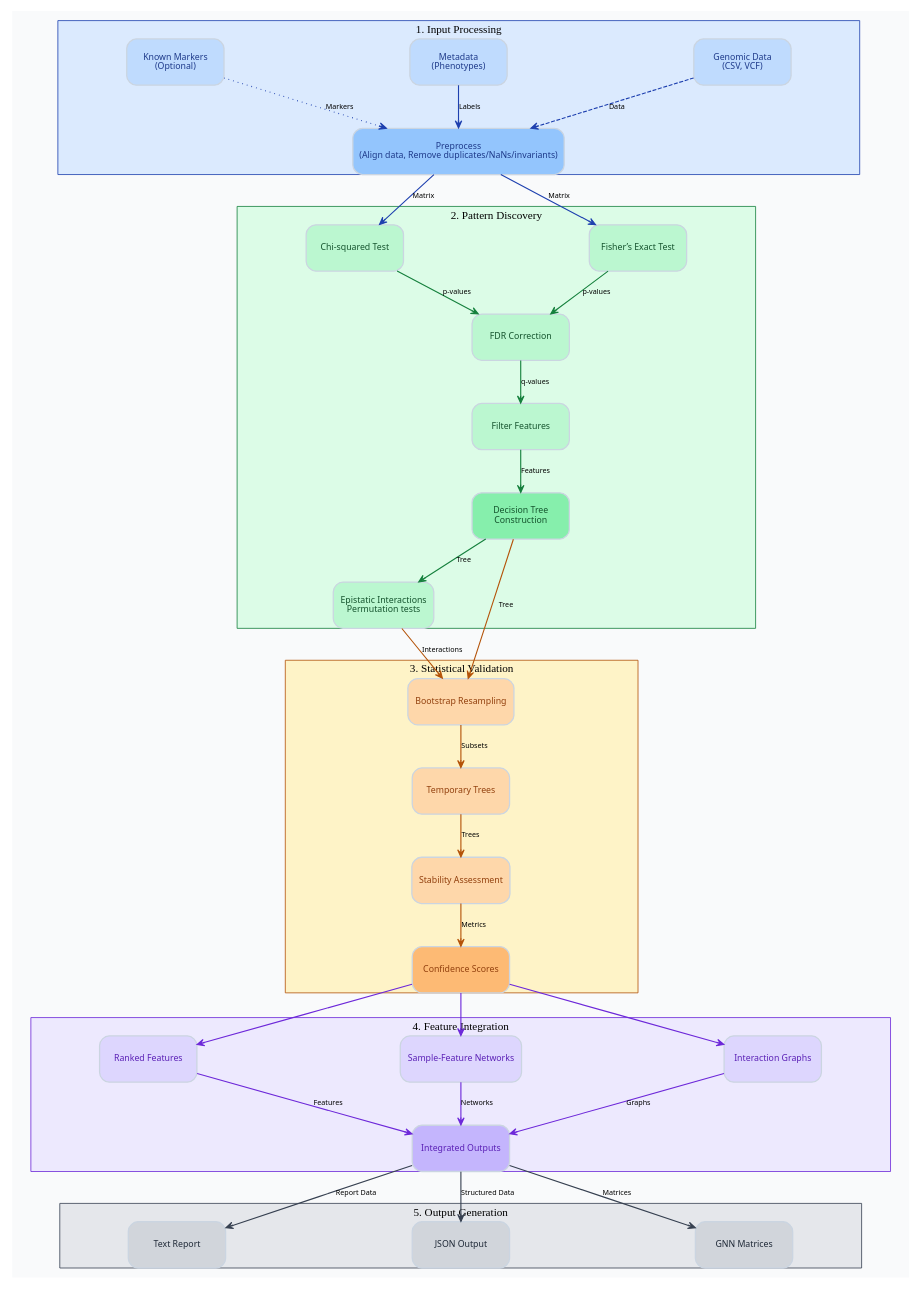
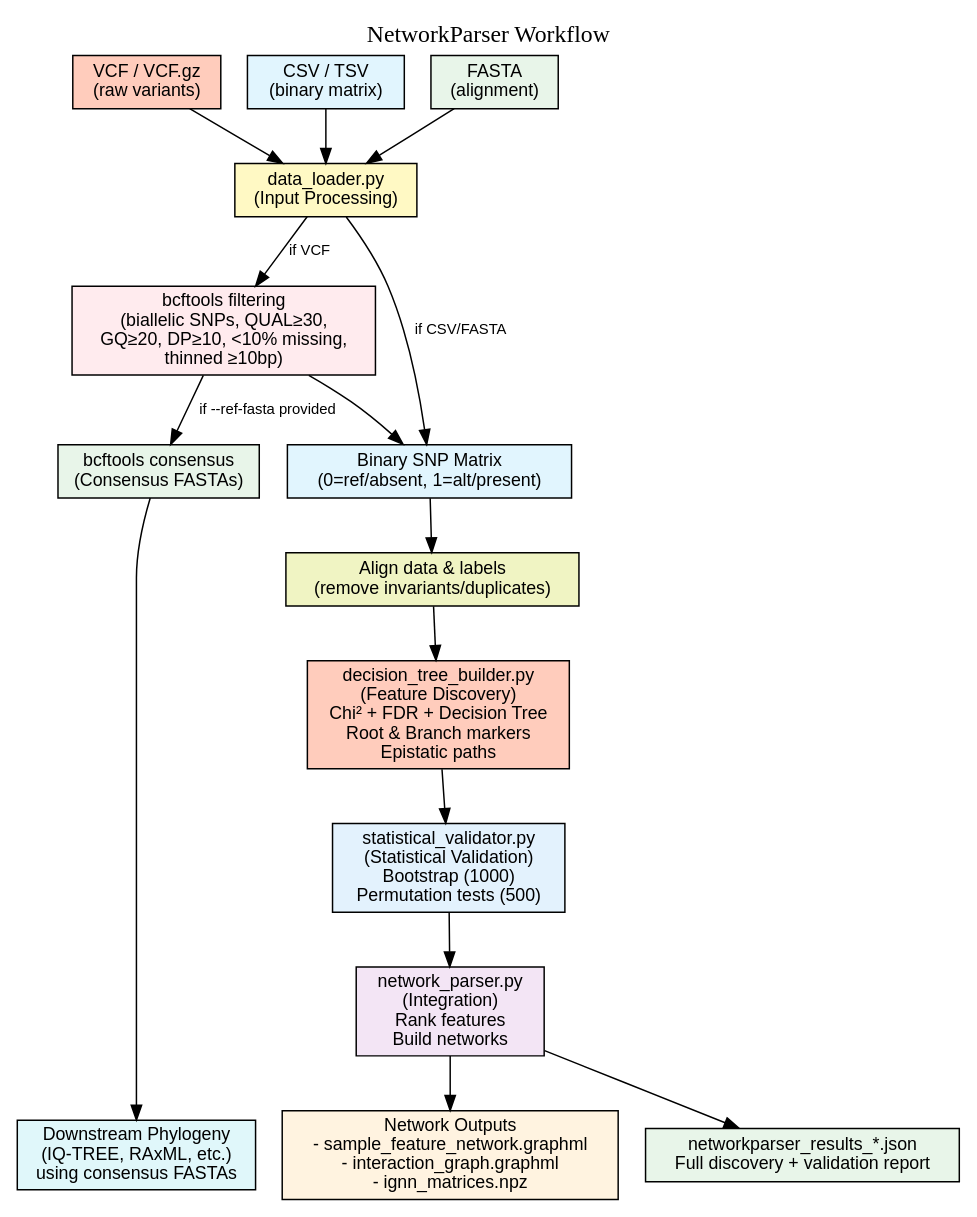
Before and after one commit to Nomlie/network_parser: the diagram in workflow/networkparser_workflow.dot, drawn with Graphviz. The commit also changed 34 other files, not shown here.

Commit message:
added VCF to data loader, bcftools, snpsites, --refgenome, updated README

```diff
--- a/workflow/networkparser_workflow.dot
+++ b/workflow/networkparser_workflow.dot
@@ -1,143 +1,67 @@
-digraph NetworkParser {
-    // A4 portrait layout
-    size="8.27,11.69";
-    ratio="fill";
-    margin=0.2;
-    nodesep=0.35;
-    ranksep=0.6;
+digraph NetworkParserWorkflow {
     rankdir=TB;
-    bgcolor="#F9FAFB"; // Softer neutral background
+    node [shape=box, style=filled, fontname="Helvetica", fontsize=12];
+    edge [fontname="Helvetica", fontsize=10];
 
-    // Global node style
-    node [
-        shape=rect,
-        style="rounded,filled",
-        fillcolor="#FFFFFF",
-        fontname="Noto Sans",
-        fontsize=11,
-        width=1.7,
-        height=0.8,
-        penwidth=1.6,
-        color="#CBD5E1",
-        margin=0.12
-    ];
+    // Nodes
+    subgraph cluster_input {
+        label="Input Options";
+        color=lightgrey;
+        style=rounded;
 
-    // Global edge style
-    edge [
-        color="#6B7280",
-        penwidth=1.4,
-        fontname="Noto Sans",
-        fontsize=9,
-        arrowsize=0.9,
-        arrowhead="vee",
-        style="solid"
-    ];
-
-    // ===== 1. Input Processing =====
-    subgraph cluster_input {
-        label="1. Input Processing";
-        color="#1E40AF";
-        style=filled;
-        fillcolor="#DBEAFE";
-        labelfontname="Noto Sans Bold";
-        labelfontsize=18;
-        labelfontcolor="#1E40AF";
-
-        n1 [label="Genomic Data\n(CSV, VCF)", fillcolor="#BFDBFE", fontcolor="#1E3A8A"];
-        n2 [label="Metadata\n(Phenotypes)", fillcolor="#BFDBFE", fontcolor="#1E3A8A"];
-        n3 [label="Known Markers\n(Optional)", fillcolor="#BFDBFE", fontcolor="#1E3A8A"];
-        n4 [label="Preprocess\n(Align data, Remove duplicates/NaNs/invariants)", fillcolor="#93C5FD", fontcolor="#1E3A8A"];
+        VCF [label="VCF / VCF.gz\n(raw variants)", fillcolor="#FFCCBC"];
+        CSV [label="CSV / TSV\n(binary matrix)", fillcolor="#E1F5FE"];
+        FASTA [label="FASTA\n(alignment)", fillcolor="#E8F5E9"];
     }
 
-    // ===== 2. Pattern Discovery =====
-    subgraph cluster_pattern {
-        label="2. Pattern Discovery";
-        color="#15803D";
-        style=filled;
-        fillcolor="#DCFCE7";
-        labelfontname="Noto Sans Bold";
-        labelfontsize=18;
-        labelfontcolor="#15803D";
+    DataLoader [label="data_loader.py\n(Input Processing)", fillcolor="#FFF9C4"];
 
-        n5 [label="Chi-squared Test", fillcolor="#BBF7D0", fontcolor="#14532D"];
-        n6 [label="Fisher’s Exact Test", fillcolor="#BBF7D0", fontcolor="#14532D"];
-        n7 [label="FDR Correction", fillcolor="#BBF7D0", fontcolor="#14532D"];
-        n8 [label="Filter Features", fillcolor="#BBF7D0", fontcolor="#14532D"];
-        n9 [label="Decision Tree\nConstruction", fillcolor="#86EFAC", fontcolor="#14532D"];
-        n10 [label="Epistatic Interactions\nPermutation tests", fillcolor="#BBF7D0", fontcolor="#14532D"];
-    }
+    FilterVCF [label="bcftools filtering\n(biallelic SNPs, QUAL≥30,\nGQ≥20, DP≥10, <10% missing,\nthinned ≥10bp)", fillcolor="#FFEBEE"];
+    Consensus [label="bcftools consensus\n(Consensus FASTAs)", fillcolor="#E8F5E9"];
+    Matrix [label="Binary SNP Matrix\n(0=ref/absent, 1=alt/present)", fillcolor="#E1F5FE"];
 
-    // ===== 3. Statistical Validation =====
-    subgraph cluster_validation {
-        label="3. Statistical Validation";
-        color="#B45309";
-        style=filled;
-        fillcolor="#FEF3C7";
-        labelfontname="Noto Sans Bold";
-        labelfontsize=18;
-        labelfontcolor="#B45309";
+    Align [label="Align data & labels\n(remove invariants/duplicates)", fillcolor="#F0F4C3"];
 
-        n11 [label="Bootstrap Resampling", fillcolor="#FED7AA", fontcolor="#92400E"];
-        n12 [label="Temporary Trees", fillcolor="#FED7AA", fontcolor="#92400E"];
-        n13 [label="Stability Assessment", fillcolor="#FED7AA", fontcolor="#92400E"];
-        n14 [label="Confidence Scores", fillcolor="#FDBA74", fontcolor="#92400E"];
-    }
+    Discovery [label="decision_tree_builder.py\n(Feature Discovery)\nChi² + FDR + Decision Tree\nRoot & Branch markers\nEpistatic paths", fillcolor="#FFCCBC"];
 
-    // ===== 4. Feature Integration =====
-    subgraph cluster_integration {
-        label="4. Feature Integration";
-        color="#6D28D9";
-        style=filled;
-        fillcolor="#EDE9FE";
-        labelfontname="Noto Sans Bold";
-        labelfontsize=18;
-        labelfontcolor="#6D28D9";
+    Validation [label="statistical_validator.py\n(Statistical Validation)\nBootstrap (1000)\nPermutation tests (500)", fillcolor="#E3F2FD"];
 
-        n15 [label="Ranked Features", fillcolor="#DDD6FE", fontcolor="#5B21B6"];
-        n16 [label="Sample-Feature Networks", fillcolor="#DDD6FE", fontcolor="#5B21B6"];
-        n17 [label="Interaction Graphs", fillcolor="#DDD6FE", fontcolor="#5B21B6"];
-        n21 [label="Integrated Outputs", fillcolor="#C4B5FD", fontcolor="#5B21B6"];
-    }
+    Integration [label="network_parser.py\n(Integration)\nRank features\nBuild networks", fillcolor="#F3E5F5"];
 
-    // ===== 5. Output Generation =====
-    subgraph cluster_output {
-        label="5. Output Generation";
-        color="#374151";
-        style=filled;
-        fillcolor="#E5E7EB";
-        labelfontname="Noto Sans Bold";
-        labelfontsize=18;
-        labelfontcolor="#374151";
+    Networks [label="Network Outputs\n- sample_feature_network.graphml\n- interaction_graph.graphml\n- ignn_matrices.npz", fillcolor="#FFF3E0"];
 
-        n18 [label="Text Report", fillcolor="#D1D5DB", fontcolor="#1F2937"];
-        n19 [label="JSON Output", fillcolor="#D1D5DB", fontcolor="#1F2937"];
-        n20 [label="GNN Matrices", fillcolor="#D1D5DB", fontcolor="#1F2937"];
-    }
+    FinalReport [label="networkparser_results_*.json\nFull discovery + validation report", fillcolor="#E8F5E9"];
 
-    // ===== Flow Edges =====
-    n1 -> n4 [label="Data", color="#1E40AF", style=dashed];
-    n2 -> n4 [label="Labels", color="#1E40AF"];
-    n3 -> n4 [label="Markers", color="#1E40AF", style=dotted];
-    n4 -> {n5 n6} [label="Matrix", color="#1E40AF"];
+    Phylogeny [label="Downstream Phylogeny\n(IQ-TREE, RAxML, etc.)\nusing consensus FASTAs", fillcolor="#E0F7FA"];
 
-    n5 -> n7 [label="p-values", color="#15803D"];
-    n6 -> n7 [label="p-values", color="#15803D"];
-    n7 -> n8 [label="q-values", color="#15803D"];
-    n8 -> n9 [label="Features", color="#15803D"];
-    n9 -> n10 [label="Tree", color="#15803D"];
+    // Edges
+    VCF -> DataLoader;
+    CSV -> DataLoader;
+    FASTA -> DataLoader;
 
-    n9 -> n11 [label="Tree", color="#B45309"];
-    n10 -> n11 [label="Interactions", color="#B45309"];
-    n11 -> n12 [label="Subsets", color="#B45309"];
-    n12 -> n13 [label="Trees", color="#B45309"];
-    n13 -> n14 [label="Metrics", color="#B45309"];
+    DataLoader -> FilterVCF [label="if VCF"];
+    DataLoader -> Matrix [label="if CSV/FASTA"];
+    FilterVCF -> Matrix;
+    FilterVCF -> Consensus [label="if --ref-fasta provided"];
+    Consensus -> Phylogeny;
 
-    n14 -> {n15 n16 n17} [color="#6D28D9"];
-    n15 -> n21 [label="Features", color="#6D28D9"];
-    n16 -> n21 [label="Networks", color="#6D28D9"];
-    n17 -> n21 [label="Graphs", color="#6D28D9"];
+    Matrix -> Align;
+    Align -> Discovery;
 
-    n21 -> n18 [label="Report Data", color="#374151"];
-    n21 -> n19 [label="Structured Data", color="#374151"];
-    n21 -> n20 [label="Matrices", color="#374151"];
+    Discovery -> Validation;
+    Validation -> Integration;
+
+    Integration -> Networks;
+    Integration -> FinalReport;
+
+    // Styling
+    {rank=same; VCF CSV FASTA}
+    {rank=same; Matrix Consensus}
+    {rank=same; Networks FinalReport Phylogeny}
+
+    // Title
+    labelloc="t";
+    label="NetworkParser Workflow";
+    fontsize=16;
+    fontname="Helvetica Bold";
 }
```
